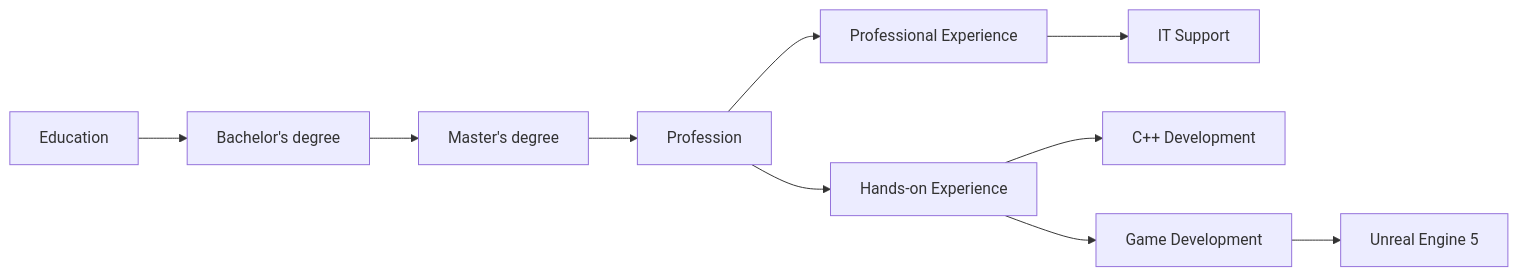
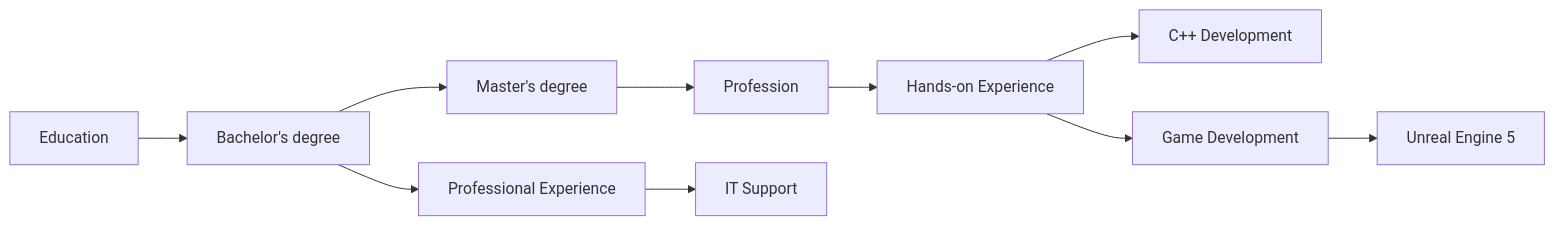
Before and after one commit to GeghamKH/Profile: the diagram in readme.md, drawn with Mermaid.

Commit message:
Pushing md and CV files

````diff
--- a/readme.md
+++ b/readme.md
@@ -191,27 +191,27 @@
 ```mermaid
 graph LR
 A[Education]
 A1[Bachelor's degree]
 A2[Master's degree]
 G[Profession]
 B[Professional Experience]
 C[IT Support]
 F[Hands-on Experience]
 D[C++ Development]
 E[Game Development]
 Q[Unreal Engine 5]
 
 A-->A1
 A1-->A2
 A2-->G
 B-->C
-G-->B
+A1-->B
 G-->F
 F-->D
 F-->E
 E-->Q
 
 
 
 
 ```
````
